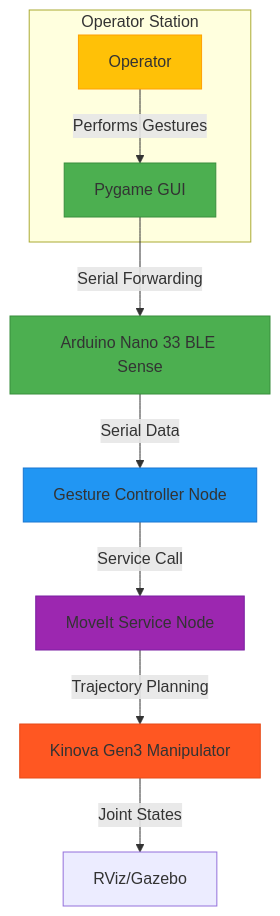
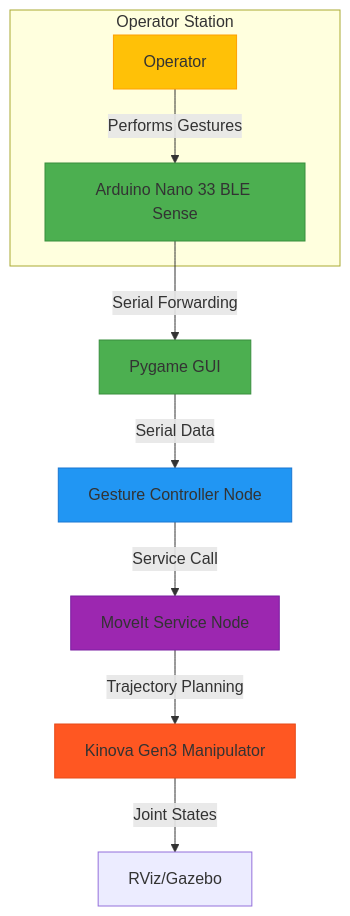
One commit to NajeebAhmedBhuiyan/Gesture-Based-Manipulator-Control-in-ROS-with-TinyML changed the diagram in README.md. Above: the diagram before and after it, drawn with Mermaid.

````diff
--- a/README.md
+++ b/README.md
@@ -69,19 +69,19 @@
 ```mermaid
 graph TD
   subgraph Operator Station
-    O[Operator] -->|Performs Gestures| G[Pygame GUI]
+    O[Operator] -->|Performs Gestures| G[Arduino Nano 33 BLE Sense]
   end
   
-  G -->|Serial Forwarding| A[Arduino Nano 33 BLE Sense]
+  G -->|Serial Forwarding| A[Pygame GUI]
   A -->|Serial Data| B[Gesture Controller Node]
   B -->|Service Call| C[MoveIt Service Node]
   C -->|Trajectory Planning| D[Kinova Gen3 Manipulator]
   D -->|Joint States| E[RViz/Gazebo]
   
   style O fill:#FFC107,stroke:#FFA000
   style G fill:#4CAF50,stroke:#388E3C
   style A fill:#4CAF50,stroke:#388E3C
   style B fill:#2196F3,stroke:#1976D2
   style C fill:#9C27B0,stroke:#7B1FA2
   style D fill:#FF5722,stroke:#E64A19
 ```
````
